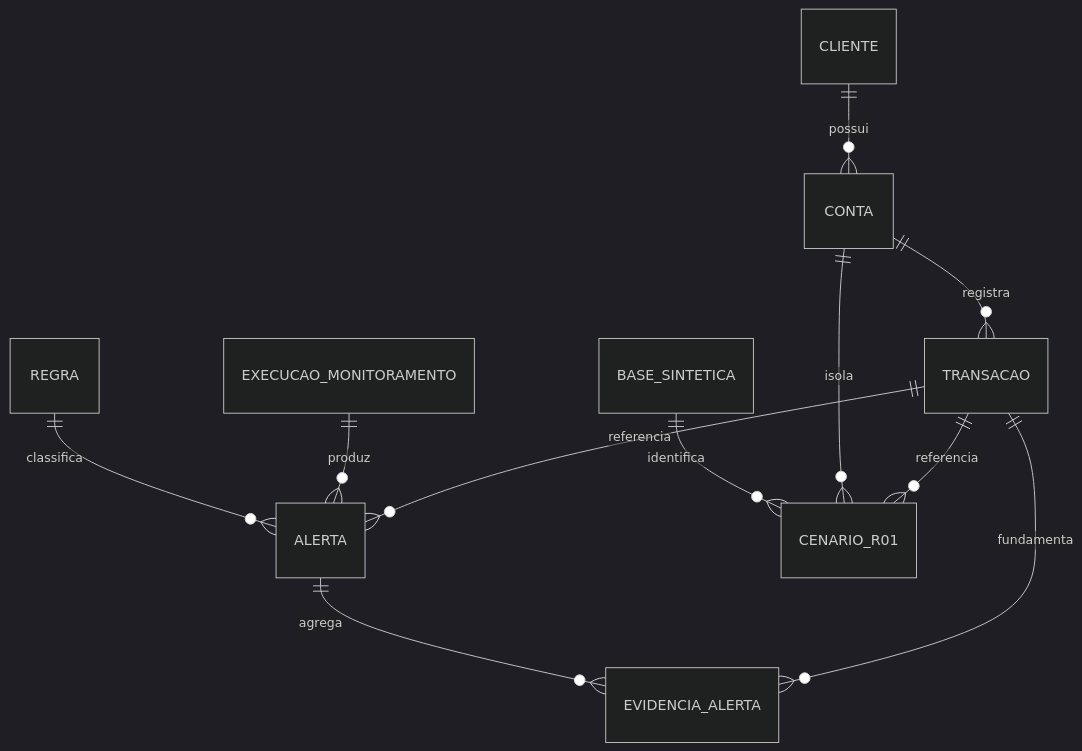
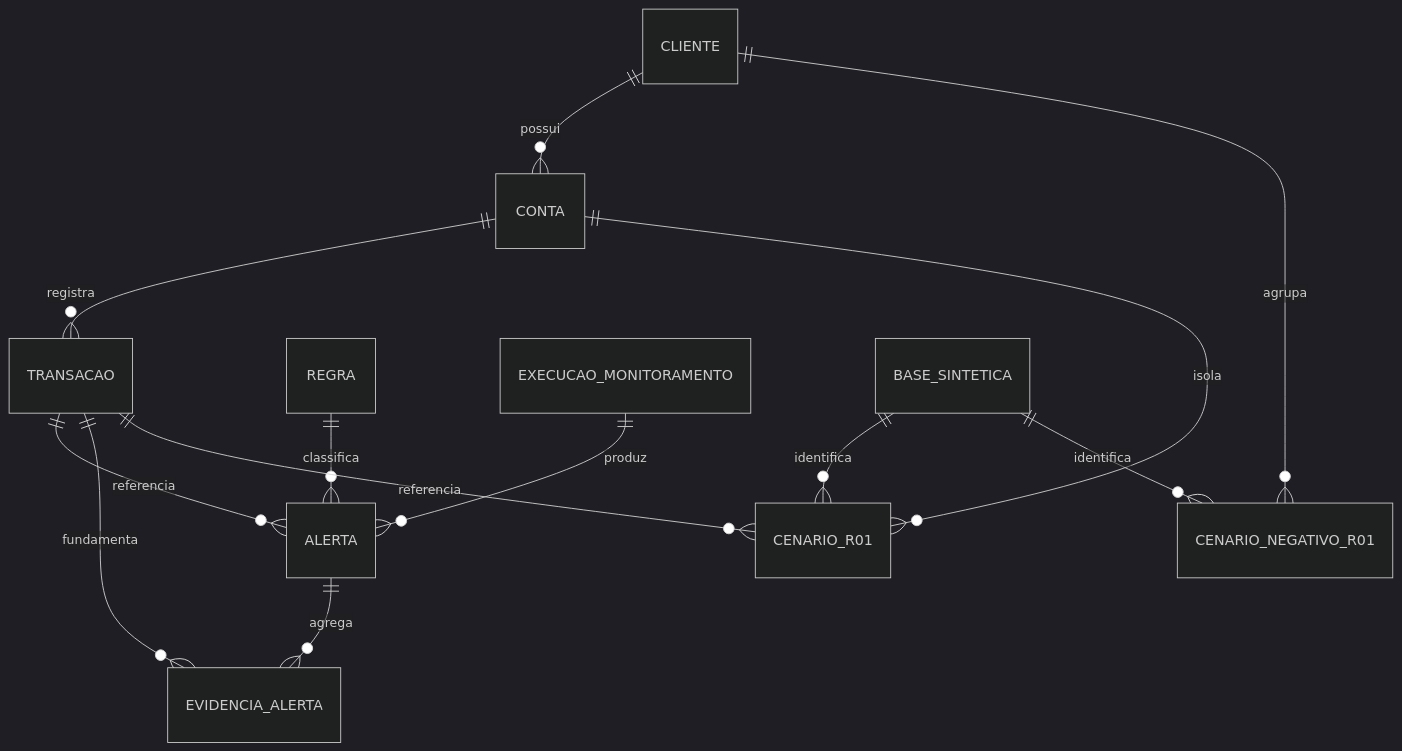
Before and after one commit to rafaelcamarg0/tcc-ii: the second of 4 diagrams in docs/ARQUITETURA_PROTOTIPO.md, drawn with Mermaid (dark theme). The commit also changed other lines of this file and 6 other files, not shown here.

```diff
--- a/docs/ARQUITETURA_PROTOTIPO.md
+++ b/docs/ARQUITETURA_PROTOTIPO.md
@@ -38,13 +38,15 @@
 ~~~mermaid
 erDiagram
     CLIENTE ||--o{ CONTA : possui
     CONTA ||--o{ TRANSACAO : registra
     REGRA ||--o{ ALERTA : classifica
     EXECUCAO_MONITORAMENTO ||--o{ ALERTA : produz
     TRANSACAO ||--o{ ALERTA : referencia
     ALERTA ||--o{ EVIDENCIA_ALERTA : agrega
     TRANSACAO ||--o{ EVIDENCIA_ALERTA : fundamenta
     BASE_SINTETICA ||--o{ CENARIO_R01 : identifica
+    BASE_SINTETICA ||--o{ CENARIO_NEGATIVO_R01 : identifica
+    CLIENTE ||--o{ CENARIO_NEGATIVO_R01 : agrupa
     CONTA ||--o{ CENARIO_R01 : isola
     TRANSACAO ||--o{ CENARIO_R01 : referencia
 ~~~
```
